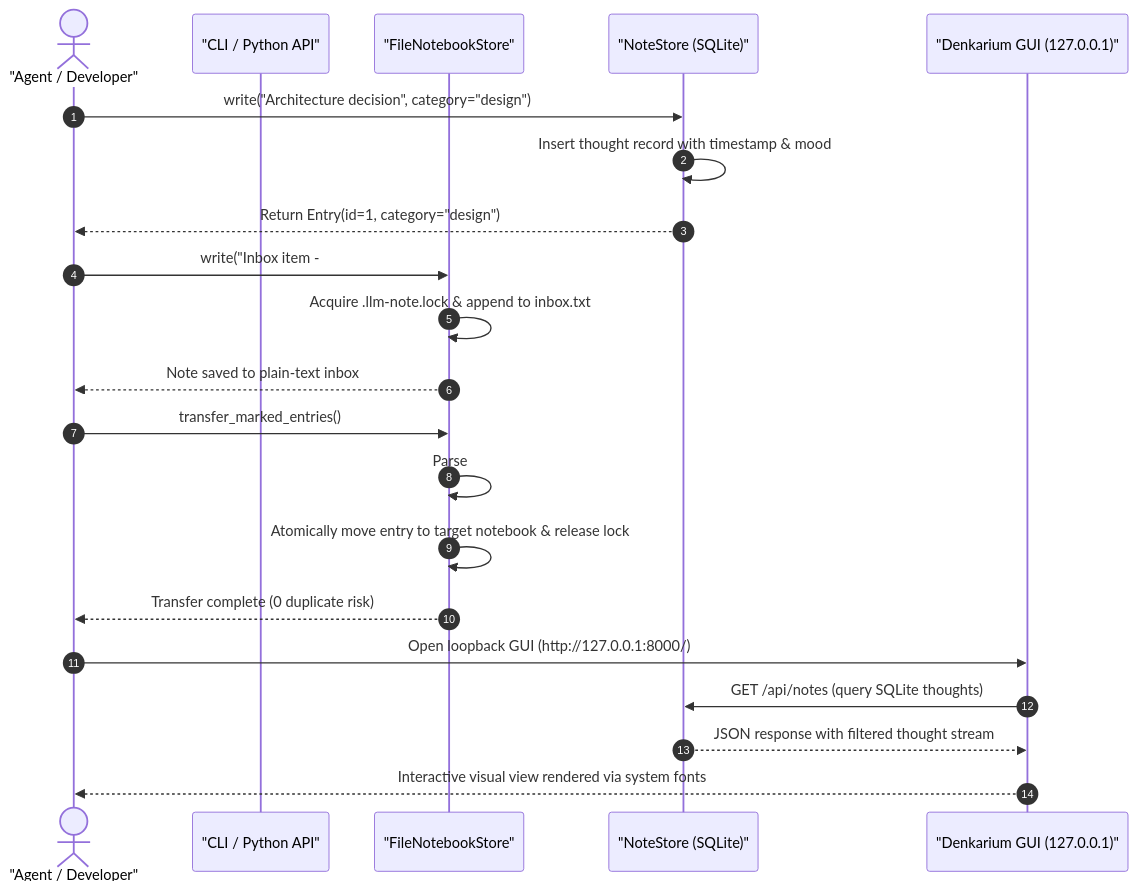
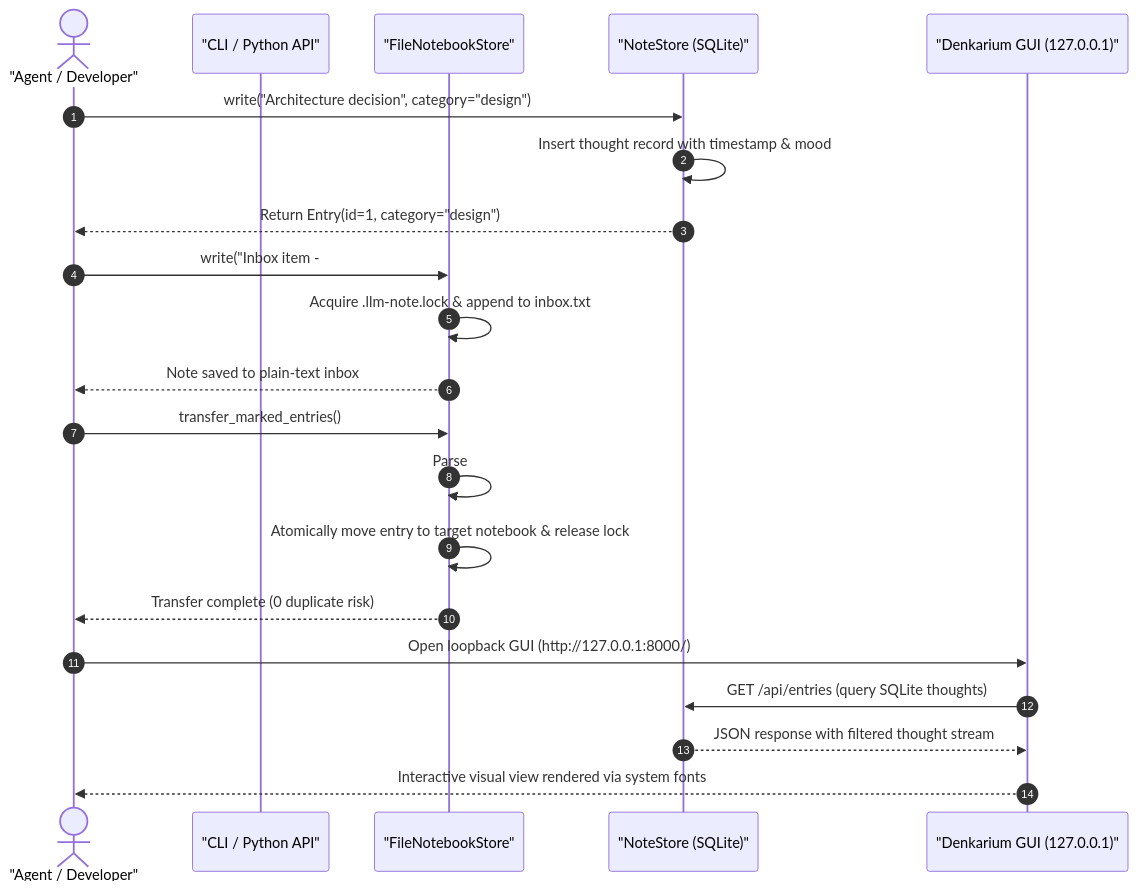
One commit to doc-bricks/llm-note changed the second of 2 diagrams in README.md. Above: the diagram before and after it, drawn with Mermaid. The commit also changed other lines of this file and 9 other files, not shown here.

````diff
--- a/README.md
+++ b/README.md
@@ -189,27 +189,27 @@
 ```mermaid
 sequenceDiagram
     autonumber
     actor UserOrAgent as "Agent / Developer"
     participant CLI as "CLI / Python API"
     participant FileStore as "FileNotebookStore"
     participant NoteStore as "NoteStore (SQLite)"
     participant Denkarium as "Denkarium GUI (127.0.0.1)"
 
     UserOrAgent ->> NoteStore: write("Architecture decision", category="design")
     NoteStore ->> NoteStore: Insert thought record with timestamp & mood
     NoteStore -->> UserOrAgent: Return Entry(id=1, category="design")
 
     UserOrAgent ->> FileStore: write("Inbox item - #NB: Project Ideas")
     FileStore ->> FileStore: Acquire .llm-note.lock & append to inbox.txt
     FileStore -->> UserOrAgent: Note saved to plain-text inbox
 
     UserOrAgent ->> FileStore: transfer_marked_entries()
     FileStore ->> FileStore: Parse #NB: target notebook & assign stable #LLM-NOTE-ID
     FileStore ->> FileStore: Atomically move entry to target notebook & release lock
     FileStore -->> UserOrAgent: Transfer complete (0 duplicate risk)
 
     UserOrAgent ->> Denkarium: Open loopback GUI (http://127.0.0.1:8000/)
-    Denkarium ->> NoteStore: GET /api/notes (query SQLite thoughts)
+    Denkarium ->> NoteStore: GET /api/entries (query SQLite thoughts)
     NoteStore -->> Denkarium: JSON response with filtered thought stream
     Denkarium -->> UserOrAgent: Interactive visual view rendered via system fonts
 ```
````
